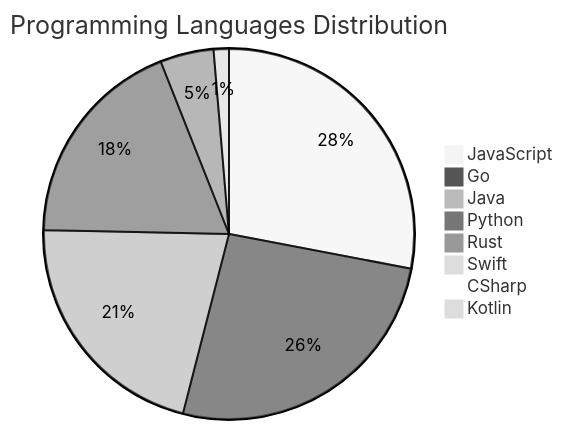
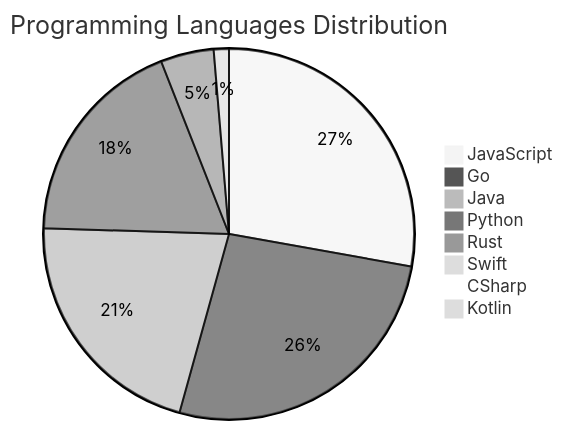
One commit to Derrick-MUGISHA/github-activity-bot changed the diagram in README.md. Above: the diagram before and after it, drawn with Mermaid (neutral theme). The commit also changed other lines of this file and 4 other files, not shown here.

````diff
--- a/README.md
+++ b/README.md
@@ -208,11 +208,11 @@
 ```mermaid
 pie title Programming Languages Distribution
     "JavaScript" : 42
-    "Go" : 39
+    "Go" : 40
     "Java" : 32
     "Python" : 28
     "Rust" : 7
     "Swift" : 2
     "CSharp" : 1
     "Kotlin" : 1
 ```
````
